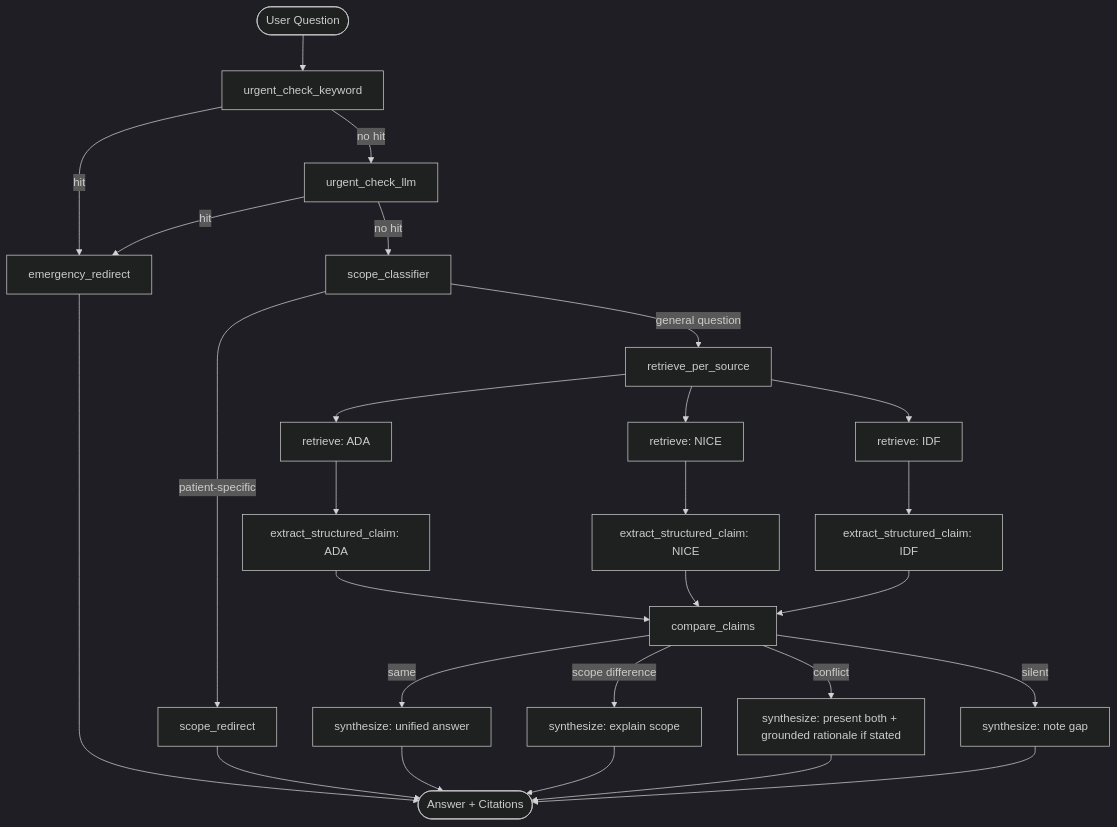
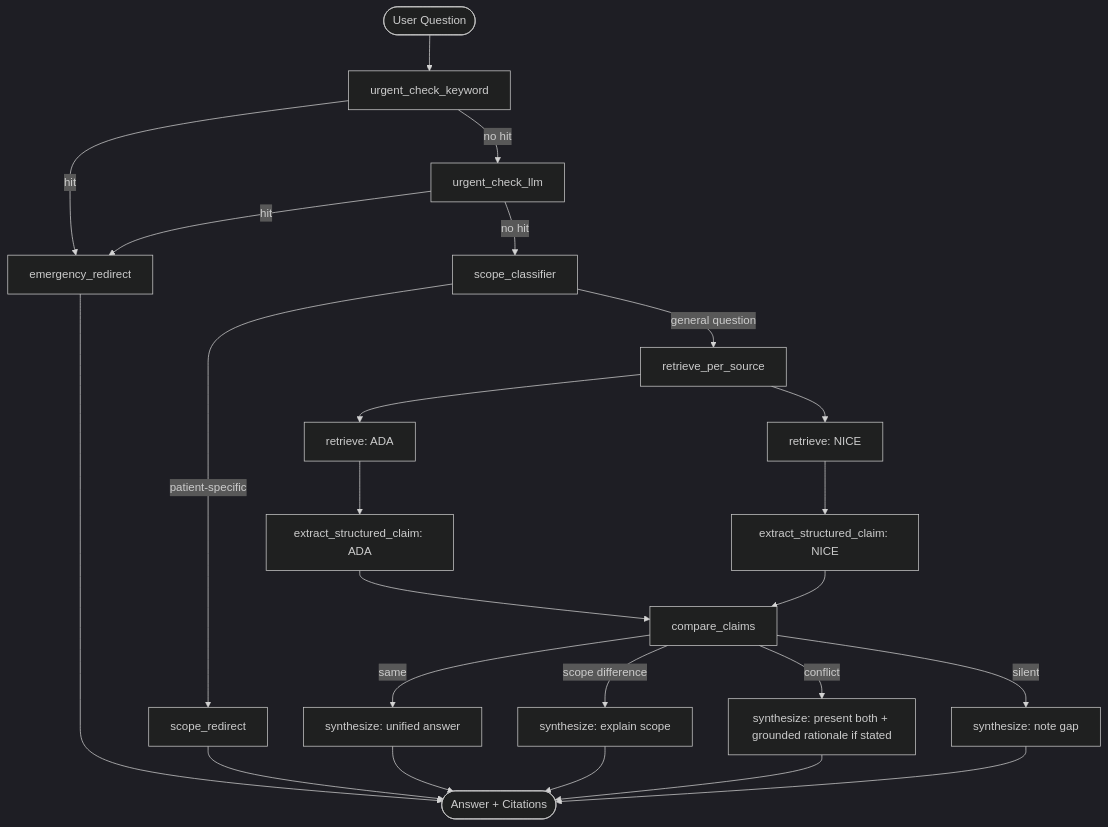
One commit to JohnSpencerTerry/clinical-guideline-assistant changed the second of 2 diagrams in mvp.md. Above: the diagram before and after it, drawn with Mermaid (dark theme). The commit also changed other lines of this file and 13 other files, not shown here.

````diff
--- a/mvp.md
+++ b/mvp.md
@@ -121,34 +116,31 @@
 ```mermaid
 flowchart TD
     Start([User Question]) --> KW[urgent_check_keyword]
     KW -->|hit| ER[emergency_redirect]
     KW -->|no hit| LLMU[urgent_check_llm]
     LLMU -->|hit| ER
     LLMU -->|no hit| SC[scope_classifier]
     SC -->|patient-specific| SR[scope_redirect]
     SC -->|general question| RET[retrieve_per_source]
 
     RET --> RA[retrieve: ADA]
     RET --> RN[retrieve: NICE]
-    RET --> RI[retrieve: IDF]
 
     RA --> EA[extract_structured_claim: ADA]
     RN --> EN[extract_structured_claim: NICE]
-    RI --> EI[extract_structured_claim: IDF]
 
     EA --> CMP[compare_claims]
     EN --> CMP
-    EI --> CMP
 
     CMP -->|same| SYN1[synthesize: unified answer]
     CMP -->|scope difference| SYN2[synthesize: explain scope]
     CMP -->|conflict| SYN3[synthesize: present both + grounded rationale if stated]
     CMP -->|silent| SYN4[synthesize: note gap]
 
     SYN1 --> End([Answer + Citations])
     SYN2 --> End
     SYN3 --> End
     SYN4 --> End
     ER --> End
     SR --> End
 ```
````
